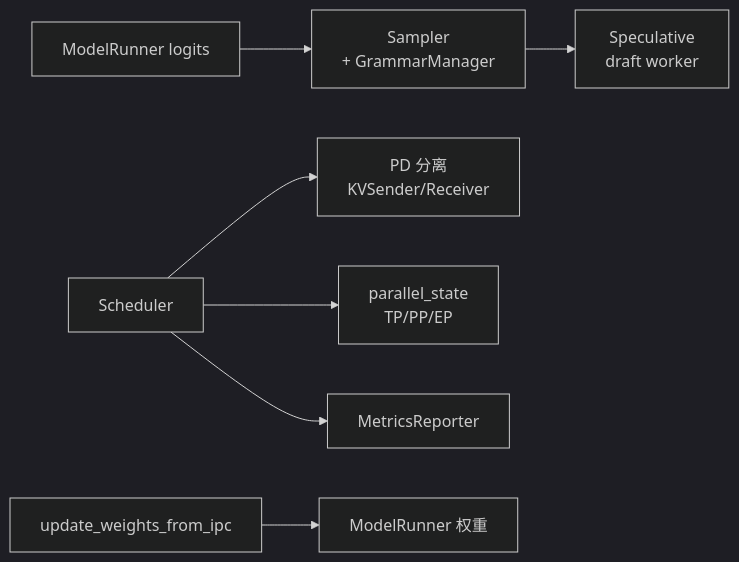
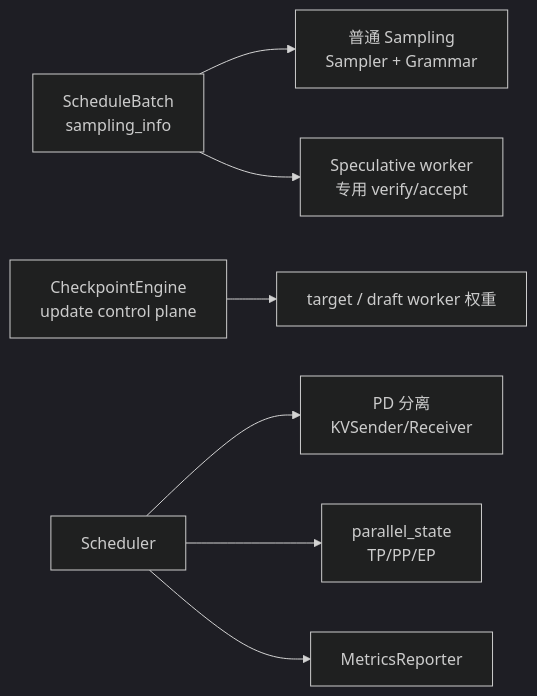
The diagram in sglang_reading/高级特性/SGLang-高级特性.md (OnlyHero5/sglang-reading-vault), drawn with Mermaid (dark theme) before and after one commit. The commit also changed other lines of this file and 512 other files, not shown here.

````diff
--- a/sglang_reading/高级特性/SGLang-高级特性.md
+++ b/sglang_reading/高级特性/SGLang-高级特性.md
@@ -38,16 +37,16 @@
 ```mermaid
 flowchart LR
- LOGITS["ModelRunner logits"]
- SAMP["Sampler<br/>+ GrammarManager"]
- SPEC["Speculative<br/>draft worker"]
+ BATCH["ScheduleBatch<br/>sampling_info"]
+ NORMAL["普通 Sampling<br/>Sampler + Grammar"]
+ SPEC["Speculative worker<br/>专用 verify/accept"]
  PD["PD 分离<br/>KVSender/Receiver"]
  DIST["parallel_state<br/>TP/PP/EP"]
  OBS["MetricsReporter"]
- CKPT["update_weights_from_ipc"]
- LOGITS --> SAMP
- SAMP --> SPEC
+ CKPT["CheckpointEngine<br/>update control plane"]
+ BATCH --> NORMAL
+ BATCH --> SPEC
  SCH2["Scheduler"] --> PD
  SCH2 --> DIST
  SCH2 --> OBS
- CKPT --> MR2["ModelRunner 权重"]
+ CKPT --> MR2["target / draft worker 权重"]
 ```
````
